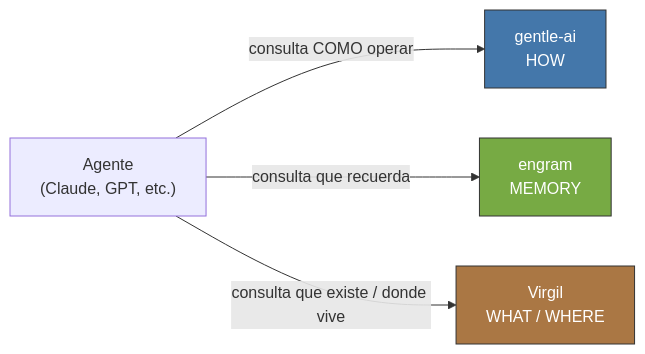
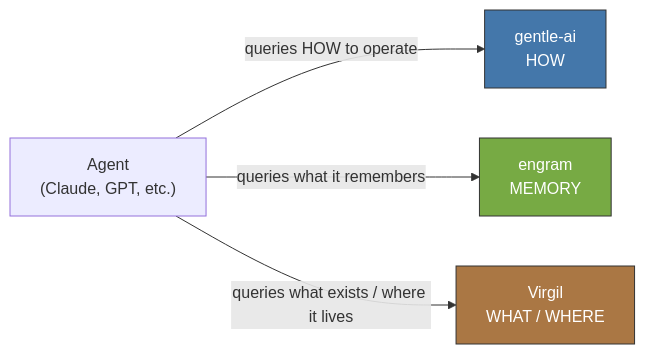
One commit to virgenherrera/virgil changed the second of 3 diagrams in AGENTS.md. Above: the diagram before and after it, drawn with Mermaid. The commit also changed other lines of this file and 42 other files, not shown here.

````diff
--- a/AGENTS.md
+++ b/AGENTS.md
@@ -74,12 +74,12 @@
 ```mermaid
 flowchart LR
-    AGENTE["Agente\n(Claude, GPT, etc.)"]
+    AGENT["Agent\n(Claude, GPT, etc.)"]
 
-    AGENTE -->|"consulta COMO operar"| GENTLE["gentle-ai\nHOW"]
-    AGENTE -->|"consulta que recuerda"| ENGRAM["engram\nMEMORY"]
-    AGENTE -->|"consulta que existe / donde vive"| VIRGIL["Virgil\nWHAT / WHERE"]
+    AGENT -->|"queries HOW to operate"| GENTLE["gentle-ai\nHOW"]
+    AGENT -->|"queries what it remembers"| ENGRAM["engram\nMEMORY"]
+    AGENT -->|"queries what exists / where it lives"| VIRGIL["Virgil\nWHAT / WHERE"]
 
     style GENTLE fill:#47a,stroke:#333,color:#fff
     style ENGRAM fill:#7a4,stroke:#333,color:#fff
     style VIRGIL fill:#a74,stroke:#333,color:#fff
 ```
````
